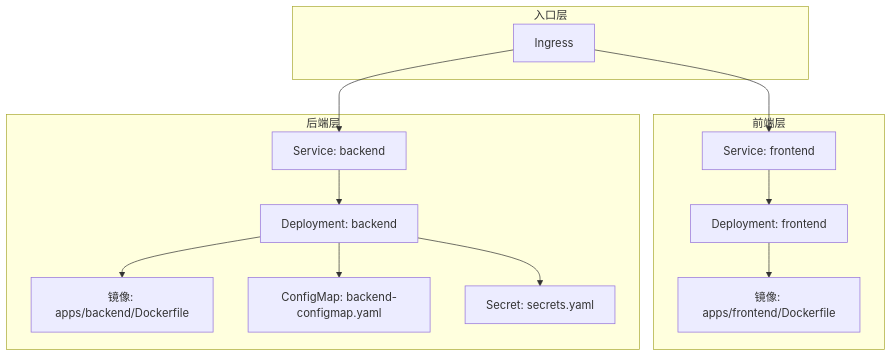
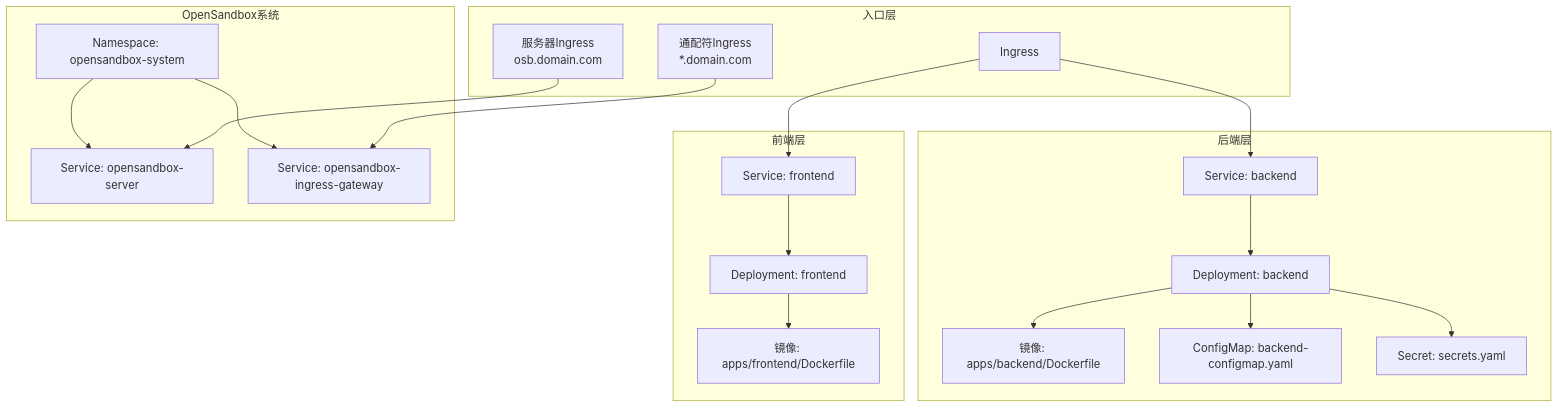
One commit to RabbitAI-Lab/Sandbox-Manager changed the second of 6 diagrams in .qoder/repowiki/zh/content/部署与运维/Kubernetes部署.md. Above: the diagram before and after it, drawn with Mermaid. The commit also changed other lines of this file and 21 other files, not shown here.

````diff
--- a/.qoder/repowiki/zh/content/部署与运维/Kubernetes部署.md
+++ b/.qoder/repowiki/zh/content/部署与运维/Kubernetes部署.md
@@ -98,26 +103,37 @@
 ```mermaid
 graph TB
 subgraph "入口层"
 ING["Ingress"]
+WILD_ING["通配符Ingress<br/>*.domain.com"]
+SERVER_ING["服务器Ingress<br/>osb.domain.com"]
 end
 subgraph "前端层"
 FE_SVC["Service: frontend"]
 FE_DEP["Deployment: frontend"]
 FE_IMG["镜像: apps/frontend/Dockerfile"]
 end
 subgraph "后端层"
 BE_SVC["Service: backend"]
 BE_DEP["Deployment: backend"]
 BE_IMG["镜像: apps/backend/Dockerfile"]
 CM["ConfigMap: backend-configmap.yaml"]
 SEC["Secret: secrets.yaml"]
 end
+subgraph "OpenSandbox系统"
+OS_SERVER["Service: opensandbox-server"]
+OS_GATEWAY["Service: opensandbox-ingress-gateway"]
+OS_NS["Namespace: opensandbox-system"]
+end
 ING --> FE_SVC
 FE_SVC --> FE_DEP
 FE_DEP --> FE_IMG
 ING --> BE_SVC
 BE_SVC --> BE_DEP
 BE_DEP --> CM
 BE_DEP --> SEC
 BE_DEP --> BE_IMG
+WILD_ING --> OS_GATEWAY
+SERVER_ING --> OS_SERVER
+OS_NS --> OS_SERVER
+OS_NS --> OS_GATEWAY
 ```
````
